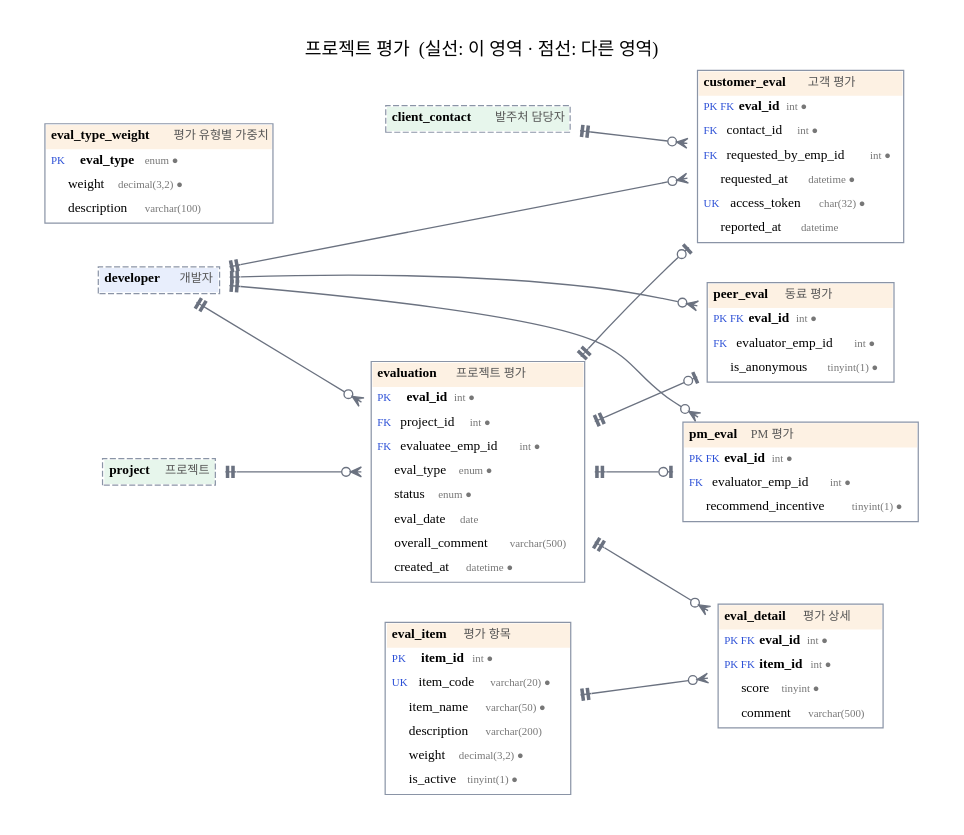
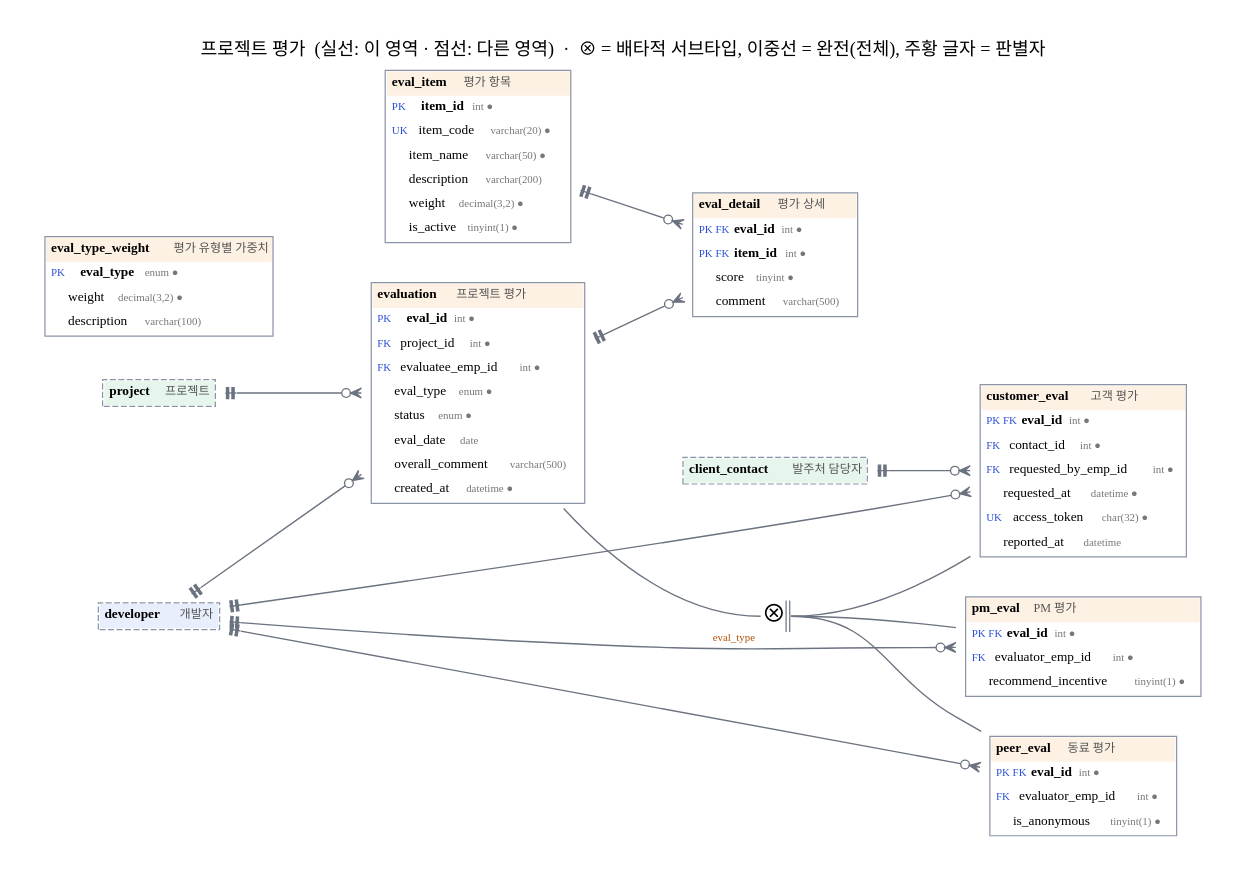
Before and after one commit to moovingGun/database-teamproject: the diagram in docs/erd/03_eval.dot, drawn with Graphviz. The commit also changed 11 other files, not shown here.

First line of the commit message:
docs: ERD 슈퍼타입-서브타입을 IE 서브타입 기호로 표기

```diff
--- a/docs/erd/03_eval.dot
+++ b/docs/erd/03_eval.dot
@@ -1,27 +1,29 @@
 digraph "03_eval" {
   graph [rankdir=LR, fontname="Apple SD Gothic Neo", fontsize=13, bgcolor="white", nodesep=0.35, pad=0.3, splines=true, newrank=true, ranksep=0.9];
   node  [shape=plaintext, fontname="Apple SD Gothic Neo", fontsize=11];
   edge  [fontname="Apple SD Gothic Neo", fontsize=9];
-  label="프로젝트 평가  (실선: 이 영역 · 점선: 다른 영역)"; labelloc=t; fontsize=15;
+  label="프로젝트 평가  (실선: 이 영역 · 점선: 다른 영역)  ·  ⊗ = 배타적 서브타입, 이중선 = 완전(전체), 주황 글자 = 판별자"; labelloc=t; fontsize=15;
   "evaluation" [label=<<TABLE BORDER="1" CELLBORDER="0" CELLSPACING="0" CELLPADDING="4" COLOR="#8a94a6"><TR><TD BGCOLOR="#fdf1e3" ALIGN="LEFT"><B>evaluation</B>  <FONT POINT-SIZE="10" COLOR="#555555">프로젝트 평가</FONT></TD></TR><TR><TD ALIGN="LEFT"><FONT POINT-SIZE="9" COLOR="#2b4fd6">PK    </FONT> <B>eval_id</B><FONT POINT-SIZE="9" COLOR="#777777">  int ●</FONT></TD></TR><TR><TD ALIGN="LEFT"><FONT POINT-SIZE="9" COLOR="#2b4fd6">FK    </FONT> project_id<FONT POINT-SIZE="9" COLOR="#777777">  int ●</FONT></TD></TR><TR><TD ALIGN="LEFT"><FONT POINT-SIZE="9" COLOR="#2b4fd6">FK    </FONT> evaluatee_emp_id<FONT POINT-SIZE="9" COLOR="#777777">  int ●</FONT></TD></TR><TR><TD ALIGN="LEFT"><FONT POINT-SIZE="9" COLOR="#2b4fd6">      </FONT> eval_type<FONT POINT-SIZE="9" COLOR="#777777">  enum ●</FONT></TD></TR><TR><TD ALIGN="LEFT"><FONT POINT-SIZE="9" COLOR="#2b4fd6">      </FONT> status<FONT POINT-SIZE="9" COLOR="#777777">  enum ●</FONT></TD></TR><TR><TD ALIGN="LEFT"><FONT POINT-SIZE="9" COLOR="#2b4fd6">      </FONT> eval_date<FONT POINT-SIZE="9" COLOR="#777777">  date</FONT></TD></TR><TR><TD ALIGN="LEFT"><FONT POINT-SIZE="9" COLOR="#2b4fd6">      </FONT> overall_comment<FONT POINT-SIZE="9" COLOR="#777777">  varchar(500)</FONT></TD></TR><TR><TD ALIGN="LEFT"><FONT POINT-SIZE="9" COLOR="#2b4fd6">      </FONT> created_at<FONT POINT-SIZE="9" COLOR="#777777">  datetime ●</FONT></TD></TR></TABLE>>];
   "customer_eval" [label=<<TABLE BORDER="1" CELLBORDER="0" CELLSPACING="0" CELLPADDING="4" COLOR="#8a94a6"><TR><TD BGCOLOR="#fdf1e3" ALIGN="LEFT"><B>customer_eval</B>  <FONT POINT-SIZE="10" COLOR="#555555">고객 평가</FONT></TD></TR><TR><TD ALIGN="LEFT"><FONT POINT-SIZE="9" COLOR="#2b4fd6">PK FK </FONT> <B>eval_id</B><FONT POINT-SIZE="9" COLOR="#777777">  int ●</FONT></TD></TR><TR><TD ALIGN="LEFT"><FONT POINT-SIZE="9" COLOR="#2b4fd6">FK    </FONT> contact_id<FONT POINT-SIZE="9" COLOR="#777777">  int ●</FONT></TD></TR><TR><TD ALIGN="LEFT"><FONT POINT-SIZE="9" COLOR="#2b4fd6">FK    </FONT> requested_by_emp_id<FONT POINT-SIZE="9" COLOR="#777777">  int ●</FONT></TD></TR><TR><TD ALIGN="LEFT"><FONT POINT-SIZE="9" COLOR="#2b4fd6">      </FONT> requested_at<FONT POINT-SIZE="9" COLOR="#777777">  datetime ●</FONT></TD></TR><TR><TD ALIGN="LEFT"><FONT POINT-SIZE="9" COLOR="#2b4fd6">UK    </FONT> access_token<FONT POINT-SIZE="9" COLOR="#777777">  char(32) ●</FONT></TD></TR><TR><TD ALIGN="LEFT"><FONT POINT-SIZE="9" COLOR="#2b4fd6">      </FONT> reported_at<FONT POINT-SIZE="9" COLOR="#777777">  datetime</FONT></TD></TR></TABLE>>];
   "pm_eval" [label=<<TABLE BORDER="1" CELLBORDER="0" CELLSPACING="0" CELLPADDING="4" COLOR="#8a94a6"><TR><TD BGCOLOR="#fdf1e3" ALIGN="LEFT"><B>pm_eval</B>  <FONT POINT-SIZE="10" COLOR="#555555">PM 평가</FONT></TD></TR><TR><TD ALIGN="LEFT"><FONT POINT-SIZE="9" COLOR="#2b4fd6">PK FK </FONT> <B>eval_id</B><FONT POINT-SIZE="9" COLOR="#777777">  int ●</FONT></TD></TR><TR><TD ALIGN="LEFT"><FONT POINT-SIZE="9" COLOR="#2b4fd6">FK    </FONT> evaluator_emp_id<FONT POINT-SIZE="9" COLOR="#777777">  int ●</FONT></TD></TR><TR><TD ALIGN="LEFT"><FONT POINT-SIZE="9" COLOR="#2b4fd6">      </FONT> recommend_incentive<FONT POINT-SIZE="9" COLOR="#777777">  tinyint(1) ●</FONT></TD></TR></TABLE>>];
   "peer_eval" [label=<<TABLE BORDER="1" CELLBORDER="0" CELLSPACING="0" CELLPADDING="4" COLOR="#8a94a6"><TR><TD BGCOLOR="#fdf1e3" ALIGN="LEFT"><B>peer_eval</B>  <FONT POINT-SIZE="10" COLOR="#555555">동료 평가</FONT></TD></TR><TR><TD ALIGN="LEFT"><FONT POINT-SIZE="9" COLOR="#2b4fd6">PK FK </FONT> <B>eval_id</B><FONT POINT-SIZE="9" COLOR="#777777">  int ●</FONT></TD></TR><TR><TD ALIGN="LEFT"><FONT POINT-SIZE="9" COLOR="#2b4fd6">FK    </FONT> evaluator_emp_id<FONT POINT-SIZE="9" COLOR="#777777">  int ●</FONT></TD></TR><TR><TD ALIGN="LEFT"><FONT POINT-SIZE="9" COLOR="#2b4fd6">      </FONT> is_anonymous<FONT POINT-SIZE="9" COLOR="#777777">  tinyint(1) ●</FONT></TD></TR></TABLE>>];
   "eval_item" [label=<<TABLE BORDER="1" CELLBORDER="0" CELLSPACING="0" CELLPADDING="4" COLOR="#8a94a6"><TR><TD BGCOLOR="#fdf1e3" ALIGN="LEFT"><B>eval_item</B>  <FONT POINT-SIZE="10" COLOR="#555555">평가 항목</FONT></TD></TR><TR><TD ALIGN="LEFT"><FONT POINT-SIZE="9" COLOR="#2b4fd6">PK    </FONT> <B>item_id</B><FONT POINT-SIZE="9" COLOR="#777777">  int ●</FONT></TD></TR><TR><TD ALIGN="LEFT"><FONT POINT-SIZE="9" COLOR="#2b4fd6">UK    </FONT> item_code<FONT POINT-SIZE="9" COLOR="#777777">  varchar(20) ●</FONT></TD></TR><TR><TD ALIGN="LEFT"><FONT POINT-SIZE="9" COLOR="#2b4fd6">      </FONT> item_name<FONT POINT-SIZE="9" COLOR="#777777">  varchar(50) ●</FONT></TD></TR><TR><TD ALIGN="LEFT"><FONT POINT-SIZE="9" COLOR="#2b4fd6">      </FONT> description<FONT POINT-SIZE="9" COLOR="#777777">  varchar(200)</FONT></TD></TR><TR><TD ALIGN="LEFT"><FONT POINT-SIZE="9" COLOR="#2b4fd6">      </FONT> weight<FONT POINT-SIZE="9" COLOR="#777777">  decimal(3,2) ●</FONT></TD></TR><TR><TD ALIGN="LEFT"><FONT POINT-SIZE="9" COLOR="#2b4fd6">      </FONT> is_active<FONT POINT-SIZE="9" COLOR="#777777">  tinyint(1) ●</FONT></TD></TR></TABLE>>];
   "eval_detail" [label=<<TABLE BORDER="1" CELLBORDER="0" CELLSPACING="0" CELLPADDING="4" COLOR="#8a94a6"><TR><TD BGCOLOR="#fdf1e3" ALIGN="LEFT"><B>eval_detail</B>  <FONT POINT-SIZE="10" COLOR="#555555">평가 상세</FONT></TD></TR><TR><TD ALIGN="LEFT"><FONT POINT-SIZE="9" COLOR="#2b4fd6">PK FK </FONT> <B>eval_id</B><FONT POINT-SIZE="9" COLOR="#777777">  int ●</FONT></TD></TR><TR><TD ALIGN="LEFT"><FONT POINT-SIZE="9" COLOR="#2b4fd6">PK FK </FONT> <B>item_id</B><FONT POINT-SIZE="9" COLOR="#777777">  int ●</FONT></TD></TR><TR><TD ALIGN="LEFT"><FONT POINT-SIZE="9" COLOR="#2b4fd6">      </FONT> score<FONT POINT-SIZE="9" COLOR="#777777">  tinyint ●</FONT></TD></TR><TR><TD ALIGN="LEFT"><FONT POINT-SIZE="9" COLOR="#2b4fd6">      </FONT> comment<FONT POINT-SIZE="9" COLOR="#777777">  varchar(500)</FONT></TD></TR></TABLE>>];
   "eval_type_weight" [label=<<TABLE BORDER="1" CELLBORDER="0" CELLSPACING="0" CELLPADDING="4" COLOR="#8a94a6"><TR><TD BGCOLOR="#fdf1e3" ALIGN="LEFT"><B>eval_type_weight</B>  <FONT POINT-SIZE="10" COLOR="#555555">평가 유형별 가중치</FONT></TD></TR><TR><TD ALIGN="LEFT"><FONT POINT-SIZE="9" COLOR="#2b4fd6">PK    </FONT> <B>eval_type</B><FONT POINT-SIZE="9" COLOR="#777777">  enum ●</FONT></TD></TR><TR><TD ALIGN="LEFT"><FONT POINT-SIZE="9" COLOR="#2b4fd6">      </FONT> weight<FONT POINT-SIZE="9" COLOR="#777777">  decimal(3,2) ●</FONT></TD></TR><TR><TD ALIGN="LEFT"><FONT POINT-SIZE="9" COLOR="#2b4fd6">      </FONT> description<FONT POINT-SIZE="9" COLOR="#777777">  varchar(100)</FONT></TD></TR></TABLE>>];
   "client_contact" [label=<<TABLE BORDER="1" CELLBORDER="0" CELLSPACING="0" CELLPADDING="4" COLOR="#8a94a6" STYLE="dashed"><TR><TD BGCOLOR="#e7f6ec" ALIGN="LEFT"><B>client_contact</B>  <FONT POINT-SIZE="10" COLOR="#555555">발주처 담당자</FONT></TD></TR></TABLE>>];
   "developer" [label=<<TABLE BORDER="1" CELLBORDER="0" CELLSPACING="0" CELLPADDING="4" COLOR="#8a94a6" STYLE="dashed"><TR><TD BGCOLOR="#e8eefc" ALIGN="LEFT"><B>developer</B>  <FONT POINT-SIZE="10" COLOR="#555555">개발자</FONT></TD></TR></TABLE>>];
   "project" [label=<<TABLE BORDER="1" CELLBORDER="0" CELLSPACING="0" CELLPADDING="4" COLOR="#8a94a6" STYLE="dashed"><TR><TD BGCOLOR="#e7f6ec" ALIGN="LEFT"><B>project</B>  <FONT POINT-SIZE="10" COLOR="#555555">프로젝트</FONT></TD></TR></TABLE>>];
   "client_contact" -> "customer_eval" [dir=both, arrowtail=teetee, arrowhead=crowodot, color="#6b7280", penwidth=1.1, arrowsize=0.9];
-  "evaluation" -> "customer_eval" [dir=both, arrowtail=teetee, arrowhead=teeodot, color="#6b7280", penwidth=1.1, arrowsize=0.9];
   "developer" -> "customer_eval" [dir=both, arrowtail=teetee, arrowhead=crowodot, color="#6b7280", penwidth=1.1, arrowsize=0.9];
   "evaluation" -> "eval_detail" [dir=both, arrowtail=teetee, arrowhead=crowodot, color="#6b7280", penwidth=1.1, arrowsize=0.9];
   "eval_item" -> "eval_detail" [dir=both, arrowtail=teetee, arrowhead=crowodot, color="#6b7280", penwidth=1.1, arrowsize=0.9];
   "developer" -> "evaluation" [dir=both, arrowtail=teetee, arrowhead=crowodot, color="#6b7280", penwidth=1.1, arrowsize=0.9];
   "project" -> "evaluation" [dir=both, arrowtail=teetee, arrowhead=crowodot, color="#6b7280", penwidth=1.1, arrowsize=0.9];
-  "evaluation" -> "peer_eval" [dir=both, arrowtail=teetee, arrowhead=teeodot, color="#6b7280", penwidth=1.1, arrowsize=0.9];
   "developer" -> "peer_eval" [dir=both, arrowtail=teetee, arrowhead=crowodot, color="#6b7280", penwidth=1.1, arrowsize=0.9];
-  "evaluation" -> "pm_eval" [dir=both, arrowtail=teetee, arrowhead=teeodot, color="#6b7280", penwidth=1.1, arrowsize=0.9];
   "developer" -> "pm_eval" [dir=both, arrowtail=teetee, arrowhead=crowodot, color="#6b7280", penwidth=1.1, arrowsize=0.9];
+  "cat_evaluation" [margin=0, width=0, height=0, label=<<TABLE BORDER="0" CELLBORDER="0" CELLSPACING="0" CELLPADDING="0" COLOR="#6b7280"><TR><TD PORT="in"><FONT POINT-SIZE="20">⊗</FONT></TD><TD BORDER="1" SIDES="R" WIDTH="3" HEIGHT="26" FIXEDSIZE="TRUE"></TD><TD BORDER="1" SIDES="R" WIDTH="3" HEIGHT="26" FIXEDSIZE="TRUE" PORT="out"></TD></TR></TABLE>>, xlabel=<<FONT POINT-SIZE="9" COLOR="#b45309">eval_type</FONT>>];
+  "evaluation" -> "cat_evaluation" [dir=none, headport="in:w", color="#6b7280", penwidth=1.1];
+  "cat_evaluation" -> "customer_eval" [dir=none, tailport="out:e", color="#6b7280", penwidth=1.1];
+  "cat_evaluation" -> "pm_eval" [dir=none, tailport="out:e", color="#6b7280", penwidth=1.1];
+  "cat_evaluation" -> "peer_eval" [dir=none, tailport="out:e", color="#6b7280", penwidth=1.1];
 }
```
